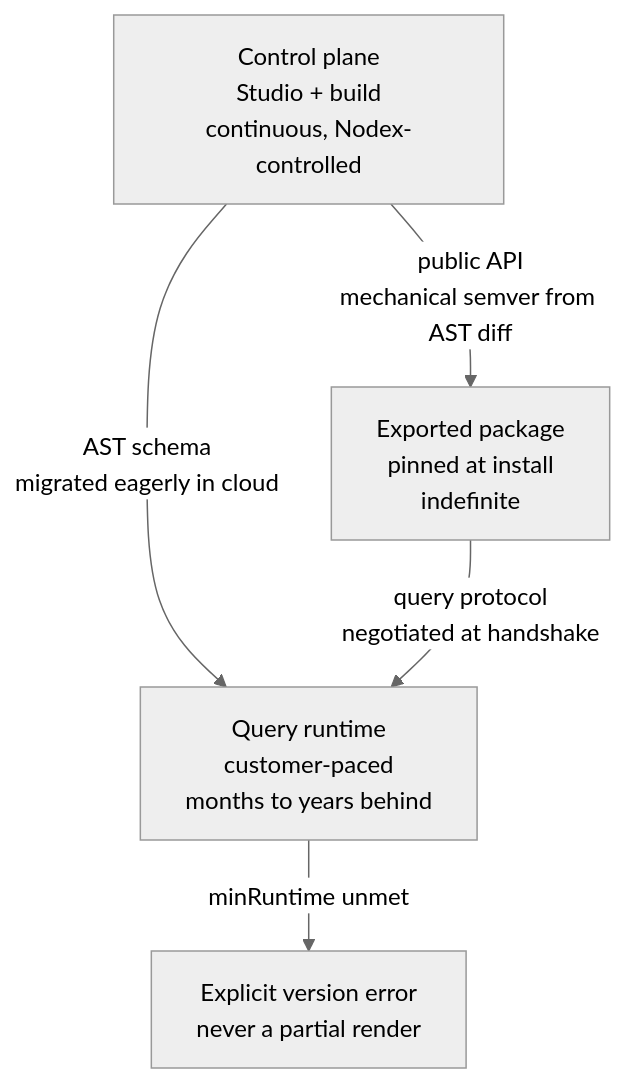
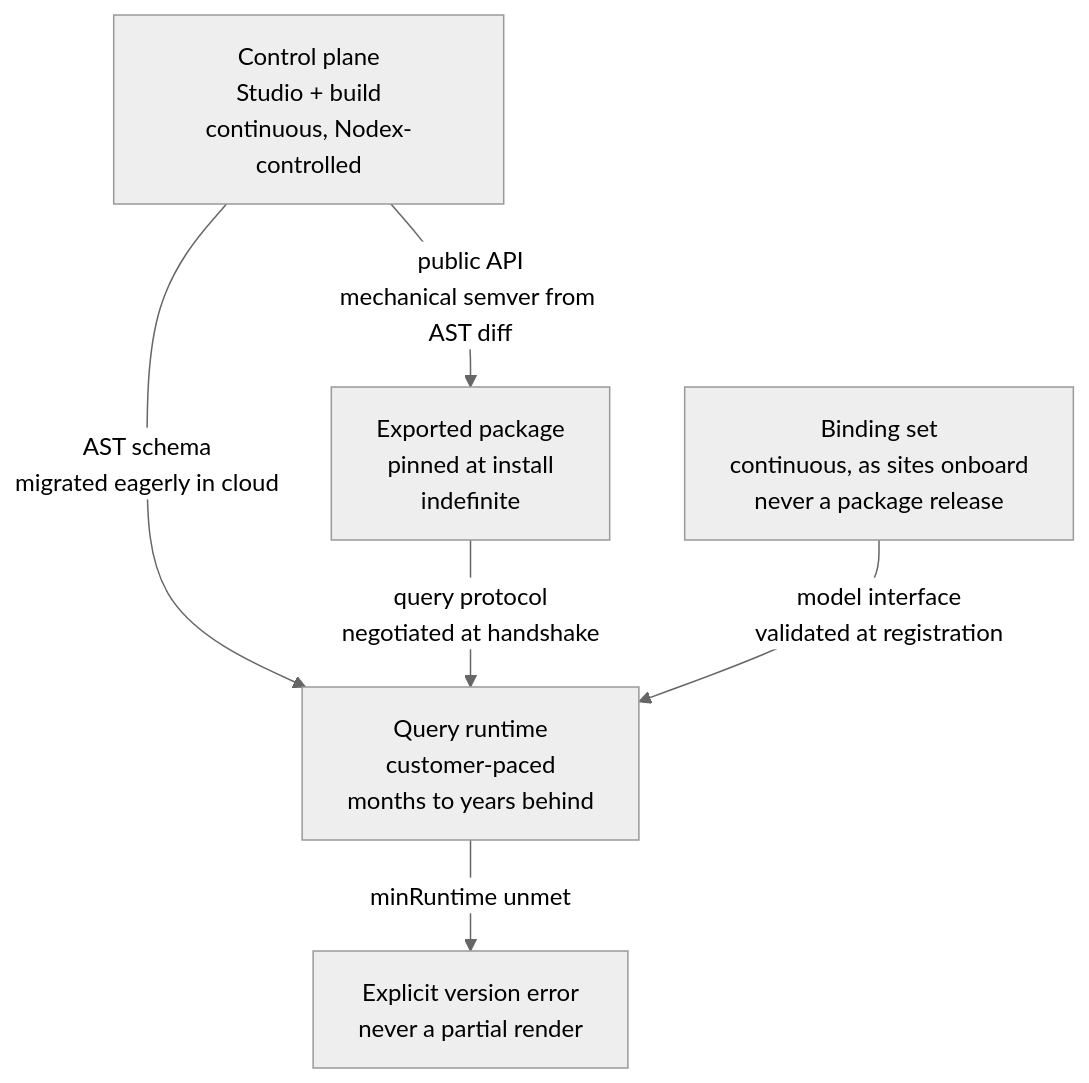
Before and after one commit to Nodex-Studio/nodex-website: the diagram in diagrams/version-cadences.mmd, drawn with Mermaid (neutral theme). The commit also changed 34 other files, not shown here.

```diff
--- a/diagrams/version-cadences.mmd
+++ b/diagrams/version-cadences.mmd
@@ -1,19 +1,24 @@
 graph TD
   cp["Control plane
 Studio + build
 continuous, Nodex-controlled"]
   rt["Query runtime
 customer-paced
 months to years behind"]
   pkg["Exported package
 pinned at install
 indefinite"]
+  bind["Binding set
+continuous, as sites onboard
+never a package release"]
   err["Explicit version error
 never a partial render"]
   cp -- "AST schema
 migrated eagerly in cloud" --> rt
   cp -- "public API
 mechanical semver from AST diff" --> pkg
   pkg -- "query protocol
 negotiated at handshake" --> rt
+  bind -- "model interface
+validated at registration" --> rt
   rt -- "minRuntime unmet" --> err
```
